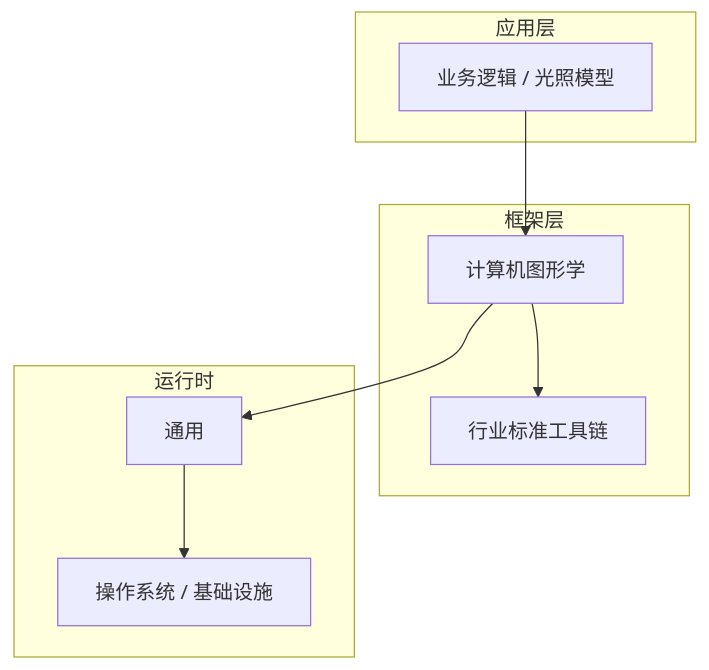
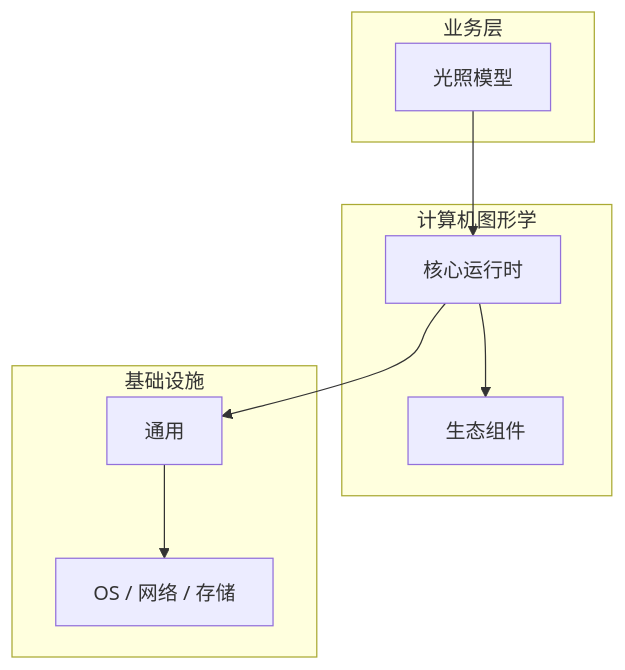
Before and after one commit to yanggan2015/knowledge-json-v2: the diagram in articles/计算机图形学/chapters/031-光照模型核心概念与原理.md, drawn with Mermaid. The commit also changed other lines of this file and 10127 other files, not shown here.

````diff
--- a/articles/计算机图形学/chapters/031-光照模型核心概念与原理.md
+++ b/articles/计算机图形学/chapters/031-光照模型核心概念与原理.md
@@ -45,18 +30,18 @@
 ```mermaid
 graph TB
-    subgraph 应用层
-        A[业务逻辑 / 光照模型]
+    subgraph 业务层
+        A[光照模型]
     end
-    subgraph 框架层
-        B[计算机图形学]
-        C[行业标准工具链]
+    subgraph 计算机图形学
+        B[核心运行时]
+        C[生态组件]
     end
-    subgraph 运行时
+    subgraph 基础设施
         D[通用]
-        E[操作系统 / 基础设施]
+        E[OS / 网络 / 存储]
     end
     A --> B
     B --> C
     B --> D
     D --> E
 ```
````
